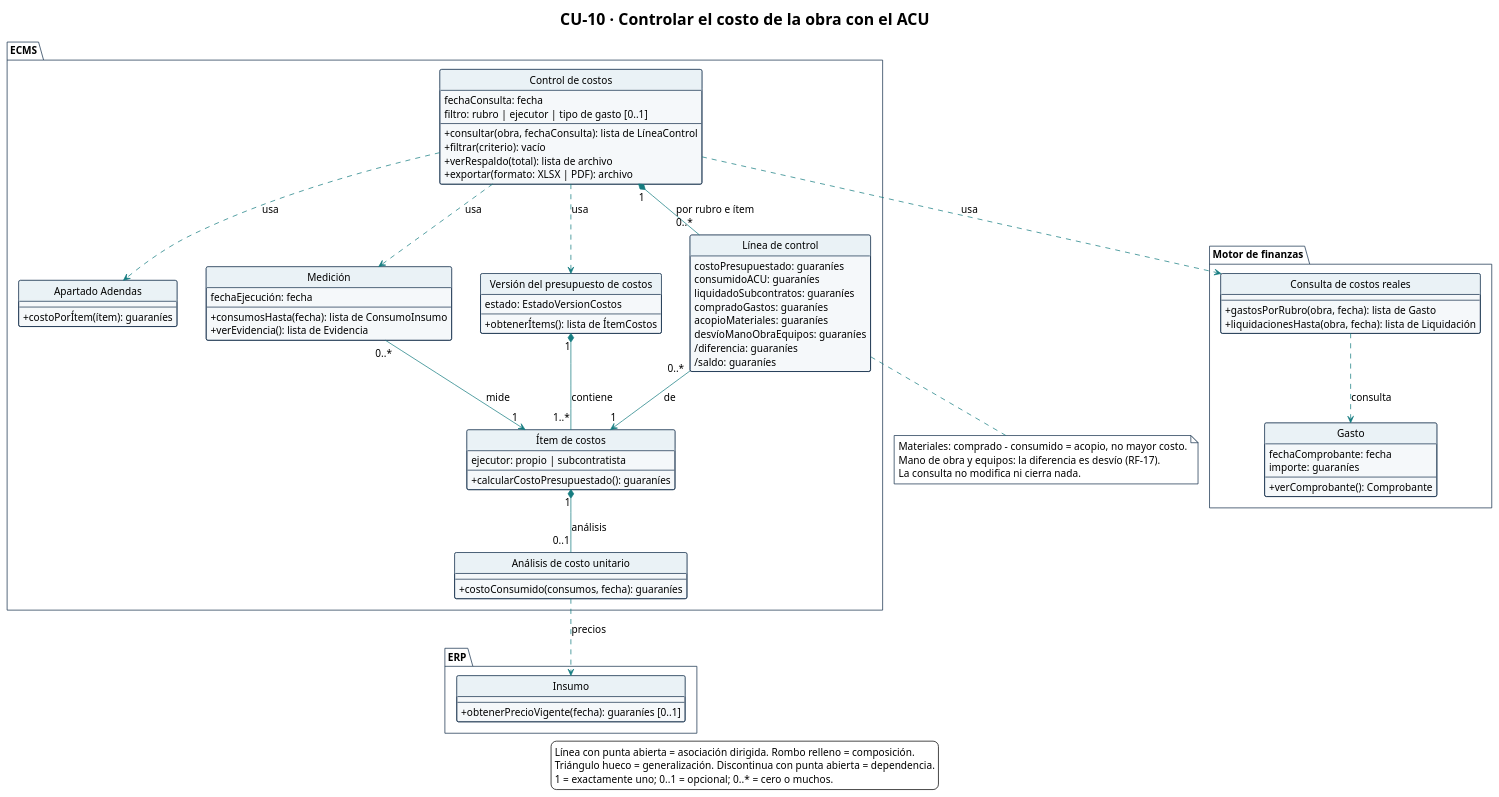
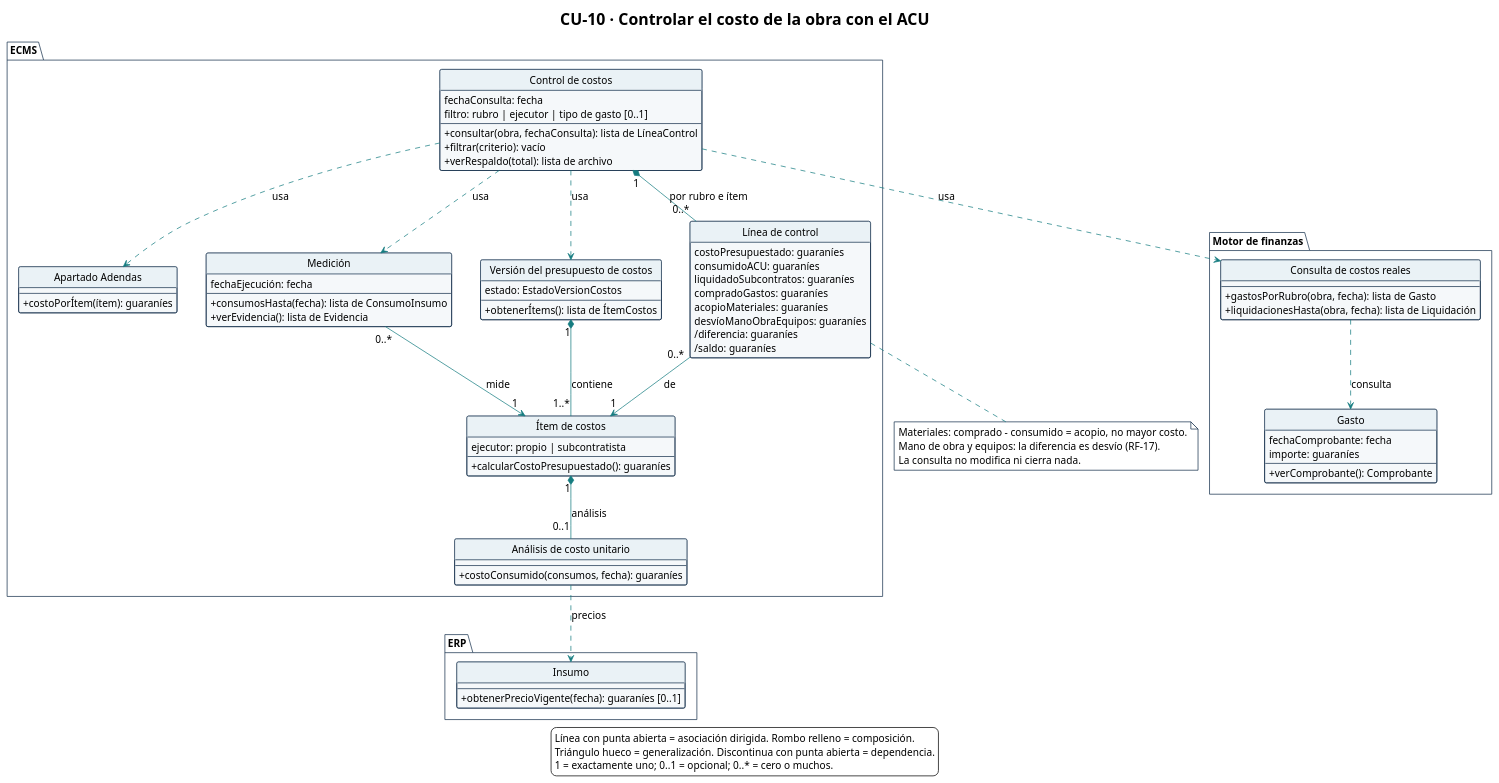
One commit to Ssrrb/tpf-uca changed the diagram in diagramas/CU-10-clases.puml. Above: the diagram before and after it, drawn with PlantUML. The commit also changed 12 other files, not shown here.

```diff
--- a/diagramas/CU-10-clases.puml
+++ b/diagramas/CU-10-clases.puml
@@ -1,125 +1,124 @@
 @startuml
 !theme plain
 skinparam style strictuml
 title CU-10 · Controlar el costo de la obra con el ACU
 hide circle
 hide empty methods
 hide empty fields
 skinparam shadowing false
 skinparam classAttributeIconSize 0
 skinparam defaultFontName Arial
 skinparam defaultFontSize 14
 skinparam nodesep 40
 skinparam ranksep 50
 skinparam ArrowColor #167C80
 skinparam class {
   BackgroundColor #F5F8FA
   BorderColor #17324D
   HeaderBackgroundColor #EAF2F6
 }
 skinparam package {
   BackgroundColor #FFFFFF
   BorderColor #17324D
 }
 skinparam note {
   BackgroundColor #FFFFFF
   BorderColor #17324D
 }
 package "ECMS" {
   class "Control de costos" as ControlCostos {
     fechaConsulta: fecha
     filtro: rubro | ejecutor | tipo de gasto [0..1]
     --
     + consultar(obra, fechaConsulta): lista de LíneaControl
     + filtrar(criterio): vacío
     + verRespaldo(total): lista de archivo
-    + exportar(formato: XLSX | PDF): archivo
   }
 
   class "Línea de control" as LineaControl {
     costoPresupuestado: guaraníes
     consumidoACU: guaraníes
     liquidadoSubcontratos: guaraníes
     compradoGastos: guaraníes
     acopioMateriales: guaraníes
     desvíoManoObraEquipos: guaraníes
     /diferencia: guaraníes
     /saldo: guaraníes
   }
 
   class "Versión del presupuesto de costos" as VersionCostos {
     estado: EstadoVersionCostos
     --
     + obtenerÍtems(): lista de ÍtemCostos
   }
 
   class "Apartado Adendas" as ApartadoAdendas {
     --
     + costoPorÍtem(ítem): guaraníes
   }
 
   class "Ítem de costos" as ItemCostos {
     ejecutor: propio | subcontratista
     --
     + calcularCostoPresupuestado(): guaraníes
   }
 
   class "Análisis de costo unitario" as ACU {
     --
     + costoConsumido(consumos, fecha): guaraníes
   }
 
   class "Medición" as Medicion {
     fechaEjecución: fecha
     --
     + consumosHasta(fecha): lista de ConsumoInsumo
     + verEvidencia(): lista de Evidencia
   }
 }
 
 package "Motor de finanzas" {
   class "Consulta de costos reales" as CostosReales {
     --
     + gastosPorRubro(obra, fecha): lista de Gasto
     + liquidacionesHasta(obra, fecha): lista de Liquidación
   }
 
   class Gasto {
     fechaComprobante: fecha
     importe: guaraníes
     --
     + verComprobante(): Comprobante
   }
 }
 
 package "ERP" {
   class Insumo {
     --
     + obtenerPrecioVigente(fecha): guaraníes [0..1]
   }
 }
 
 ControlCostos "1" *-- "0..*" LineaControl : por rubro e ítem
 ControlCostos ..> VersionCostos : usa
 ControlCostos ..> ApartadoAdendas : usa
 ControlCostos ..> Medicion : usa
 ControlCostos ..> CostosReales : usa
 VersionCostos "1" *-- "1..*" ItemCostos : contiene
 ItemCostos "1" *-- "0..1" ACU : análisis
 Medicion "0..*" --> "1" ItemCostos : mide
 ACU ..> Insumo : precios
 CostosReales ..> Gasto : consulta
 LineaControl "0..*" --> "1" ItemCostos : de
 
 note bottom of LineaControl
   Materiales: comprado - consumido = acopio, no mayor costo.
   Mano de obra y equipos: la diferencia es desvío (RF-17).
   La consulta no modifica ni cierra nada.
 end note
 
 legend bottom
   Línea con punta abierta = asociación dirigida. Rombo relleno = composición.
   Triángulo hueco = generalización. Discontinua con punta abierta = dependencia.
   1 = exactamente uno; 0..1 = opcional; 0..* = cero o muchos.
 endlegend
 @enduml
```
